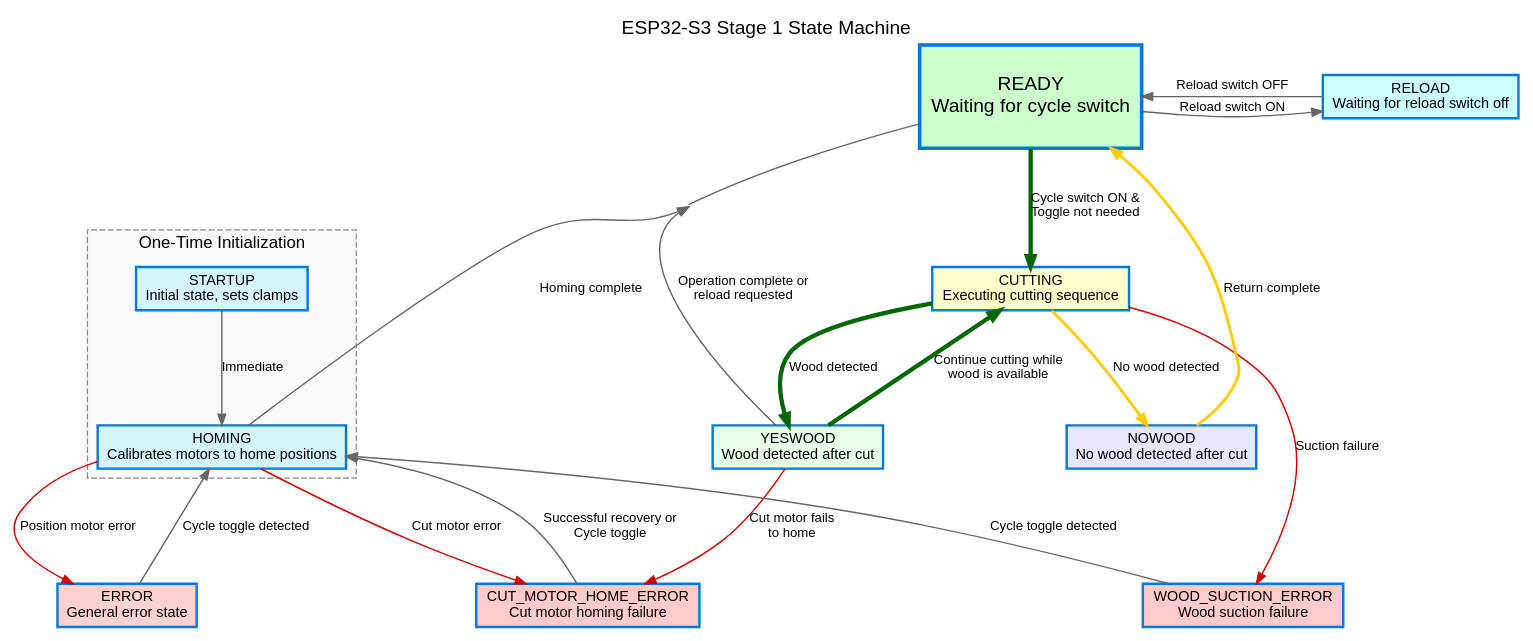
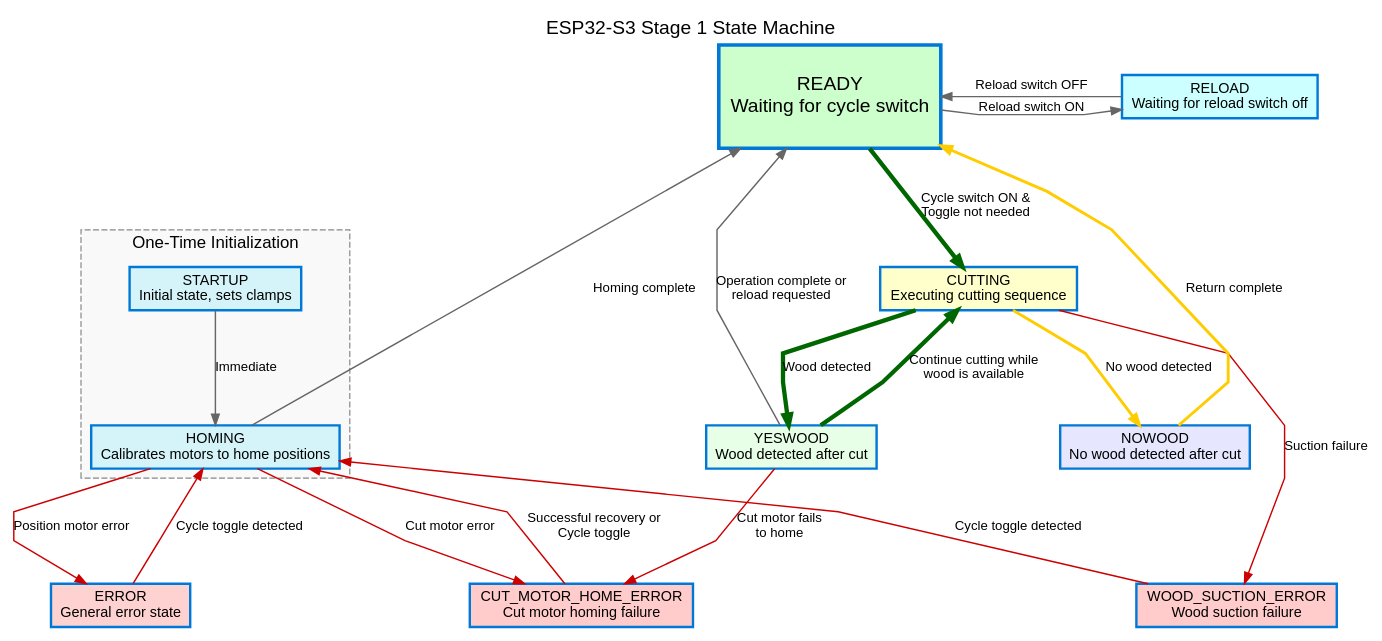
Before and after one commit to akivaweil/Stage-1-Mar25: the diagram in flowcharts/state_machine.dot, drawn with Graphviz. The commit also changed 2 other files, not shown here.

Commit message:
Update flowchart: make all error paths red and use sharper 90-degree turns

```diff
--- a/flowcharts/state_machine.dot
+++ b/flowcharts/state_machine.dot
@@ -1,63 +1,63 @@
 digraph StateMachine {
     // Graph styling
-    graph [fontname="Arial", fontsize=16, nodesep=0.8, ranksep=1.0, splines=true, concentrate=true];
+    graph [fontname="Arial", fontsize=16, nodesep=0.8, ranksep=1.0, splines=polyline];
     node [fontname="Arial", fontsize=12, shape=box, style="filled", fillcolor="#E0F4FF", color="#0078D7", penwidth=2.0];
     edge [fontname="Arial", fontsize=11, color="#666666", penwidth=1.2, arrowsize=0.9];
 
     // Title
     labelloc="t";
     label="ESP32-S3 Stage 1 State Machine";
 
     // State nodes with descriptive labels
     STARTUP [label="STARTUP\nInitial state, sets clamps", fillcolor="#D4F4FA", group=init];
     HOMING [label="HOMING\nCalibrates motors to home positions", fillcolor="#D4F4FA", group=init];
     READY [label="READY\nWaiting for cycle switch", fillcolor="#CCFFCC", fontsize=16, width=1.8, height=1.2, penwidth=3.0];
     RELOAD [label="RELOAD\nWaiting for reload switch off", fillcolor="#CCFFFF"];
     CUTTING [label="CUTTING\nExecuting cutting sequence", fillcolor="#FFFFCC"];
     YESWOOD [label="YESWOOD\nWood detected after cut", fillcolor="#E6FFE6"];
     NOWOOD [label="NOWOOD\nNo wood detected after cut", fillcolor="#E6E6FF"];
     ERROR [label="ERROR\nGeneral error state", fillcolor="#FFD2D2"];
     WOOD_SUCTION_ERROR [label="WOOD_SUCTION_ERROR\nWood suction failure", fillcolor="#FFCCCB"];
     CUT_MOTOR_HOME_ERROR [label="CUT_MOTOR_HOME_ERROR\nCut motor homing failure", fillcolor="#FFCCCB"];
 
     // Define initialization box
     subgraph cluster_init {
         label="One-Time Initialization";
         style="dashed";
         color="#888888";
         fontsize=14;
         bgcolor="#F9F9F9";
         STARTUP; HOMING;
     }
 
     // Transition edges
     STARTUP -> HOMING [label="Immediate"];
     
     HOMING -> READY [label="Homing complete"];
     HOMING -> ERROR [label="Position motor error", color="#CC0000"];
     HOMING -> CUT_MOTOR_HOME_ERROR [label="Cut motor error", color="#CC0000"];
     
     READY -> RELOAD [label="Reload switch ON"];
     READY -> CUTTING [label="Cycle switch ON &\nToggle not needed", color="#006600", penwidth=3.6];
     
     RELOAD -> READY [label="Reload switch OFF"];
     
     CUTTING -> YESWOOD [label="Wood detected", color="#006600", penwidth=3.6];
     CUTTING -> NOWOOD [label="No wood detected", color="#FFCC00", penwidth=2.4];
     CUTTING -> WOOD_SUCTION_ERROR [label="Suction failure", color="#CC0000"];
     
     YESWOOD -> READY [label="Operation complete or\nreload requested"];
     YESWOOD -> CUTTING [label="Continue cutting while\nwood is available", color="#006600", penwidth=3.6];
     YESWOOD -> CUT_MOTOR_HOME_ERROR [label="Cut motor fails\nto home", color="#CC0000"];
     
     NOWOOD -> READY [label="Return complete", color="#FFCC00", penwidth=2.4];
     
-    ERROR -> HOMING [label="Cycle toggle detected"];
-    WOOD_SUCTION_ERROR -> HOMING [label="Cycle toggle detected"];
-    CUT_MOTOR_HOME_ERROR -> HOMING [label="Successful recovery or\nCycle toggle"];
+    ERROR -> HOMING [label="Cycle toggle detected", color="#CC0000"];
+    WOOD_SUCTION_ERROR -> HOMING [label="Cycle toggle detected", color="#CC0000"];
+    CUT_MOTOR_HOME_ERROR -> HOMING [label="Successful recovery or\nCycle toggle", color="#CC0000"];
 
     // Formatting to improve layout
     { rank=same; READY RELOAD }
     { rank=same; YESWOOD NOWOOD }
     { rank=same; ERROR WOOD_SUCTION_ERROR CUT_MOTOR_HOME_ERROR }
 } 
```
